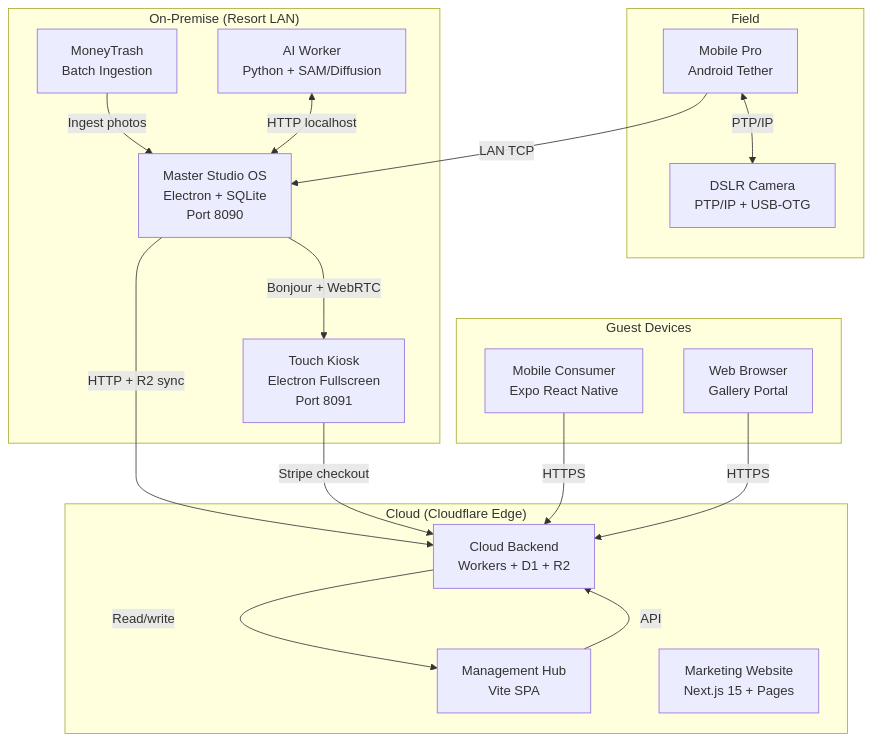
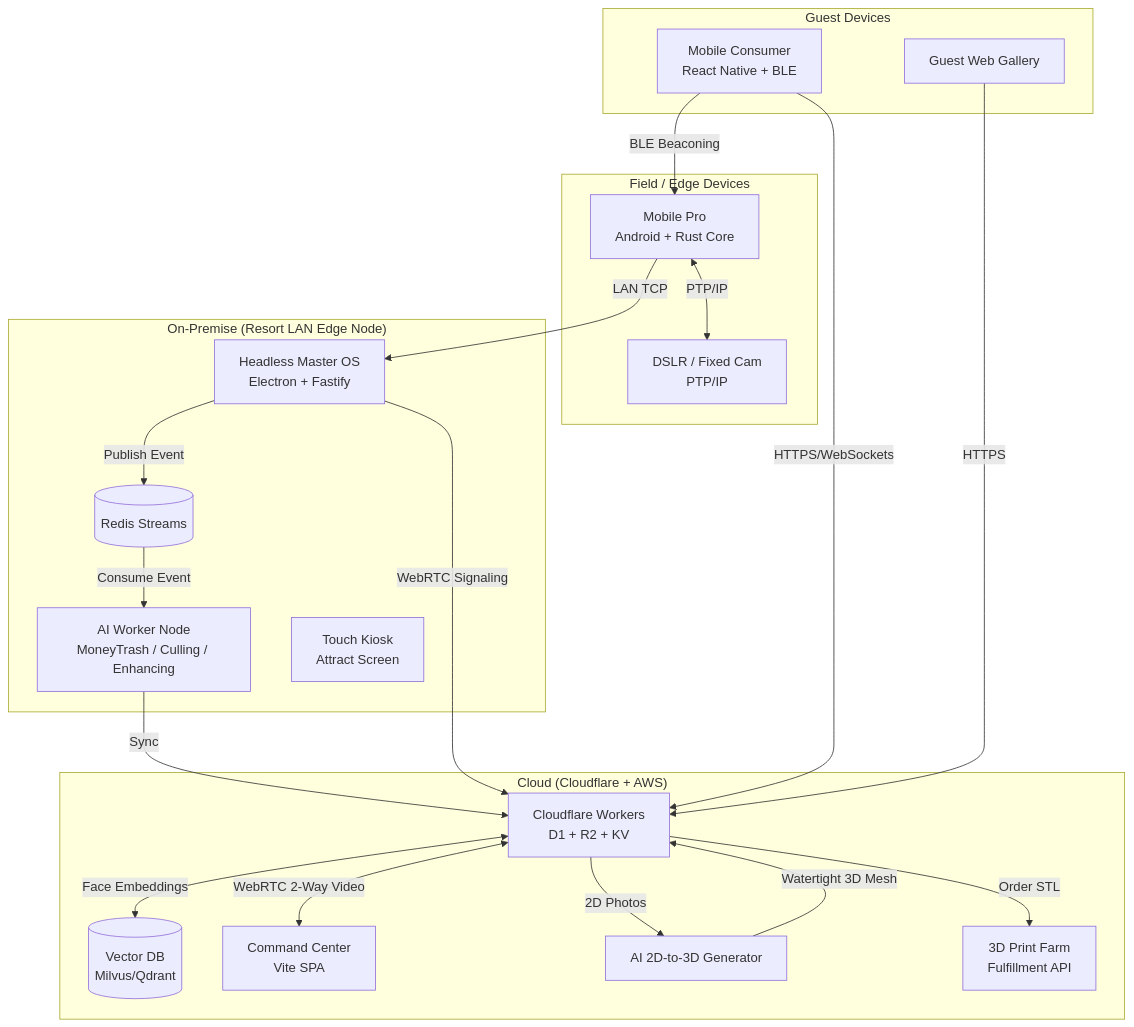
The diagram in ARCHITECTURE.md (clickflashoffice-spec/ClickFlash), drawn with Mermaid before and after one commit. The commit also changed other lines of this file and 894 other files, not shown here.

Commit message:
feat(v7.0): Complete Max AI Automation Architecture (Phases 1-6)

````diff
--- a/ARCHITECTURE.md
+++ b/ARCHITECTURE.md
@@ -49,37 +19,42 @@
 ```mermaid
 graph TB
-    subgraph "Field"
-        MP[Mobile Pro\nAndroid Tether]
-        CAM[DSLR Camera\nPTP/IP + USB-OTG]
+    subgraph "Field / Edge Devices"
+        MP[Mobile Pro\nAndroid + Rust Core]
+        CAM[DSLR / Fixed Cam\nPTP/IP]
         MP <-->|PTP/IP| CAM
     end
 
-    subgraph "On-Premise (Resort LAN)"
-        MASTER[Master Studio OS\nElectron + SQLite\nPort 8090]
-        TOUCH[Touch Kiosk\nElectron Fullscreen\nPort 8091]
-        MT[MoneyTrash\nBatch Ingestion]
-        AIW[AI Worker\nPython + SAM/Diffusion]
+    subgraph "On-Premise (Resort LAN Edge Node)"
+        MASTER[Headless Master OS\nElectron + Fastify]
+        REDIS[(Redis Streams)]
+        MT[AI Worker Node\nMoneyTrash / Culling / Enhancing]
+        K[Touch Kiosk\nAttract Screen]
     end
 
     subgraph "Guest Devices"
-        MC[Mobile Consumer\nExpo React Native]
-        BROWSER[Web Browser\nGallery Portal]
+        MC[Mobile Consumer\nReact Native + BLE]
+        BROWSER[Guest Web Gallery]
     end
 
-    subgraph "Cloud (Cloudflare Edge)"
-        BACKEND[Cloud Backend\nWorkers + D1 + R2]
-        MGMT[Management Hub\nVite SPA]
-        WEB[Marketing Website\nNext.js 15 + Pages]
+    subgraph "Cloud (Cloudflare + AWS)"
+        BACKEND[Cloudflare Workers\nD1 + R2 + KV]
+        VECTOR[(Vector DB\nMilvus/Qdrant)]
+        MGMT[Command Center\nVite SPA]
+        3D_AI[AI 2D-to-3D Generator]
+        FARM[3D Print Farm\nFulfillment API]
     end
 
     MP -->|LAN TCP| MASTER
-    MT -->|Ingest photos| MASTER
-    MASTER -->|Bonjour + WebRTC| TOUCH
-    MASTER -->|HTTP + R2 sync| BACKEND
-    AIW <-->|HTTP localhost| MASTER
-    TOUCH -->|Stripe checkout| BACKEND
-    MC -->|HTTPS| BACKEND
+    MASTER -->|Publish Event| REDIS
+    REDIS -->|Consume Event| MT
+    MT -->|Sync| BACKEND
+    MASTER -->|WebRTC Signaling| BACKEND
+    BACKEND <-->|WebRTC 2-Way Video| MGMT
+    BACKEND <-->|Face Embeddings| VECTOR
+    BACKEND -->|2D Photos| 3D_AI
+    3D_AI -->|Watertight 3D Mesh| BACKEND
+    MC -->|BLE Beaconing| MP
+    MC -->|HTTPS/WebSockets| BACKEND
     BROWSER -->|HTTPS| BACKEND
-    BACKEND -->|Read/write| MGMT
-    MGMT -->|API| BACKEND
+    BACKEND -->|Order STL| FARM
 ```
````
